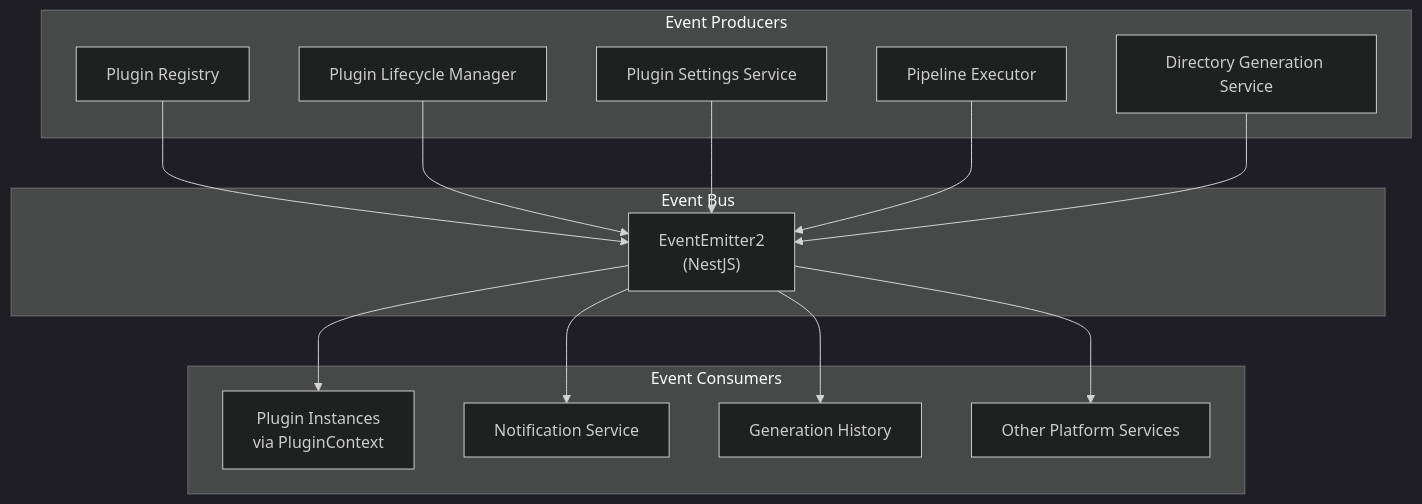
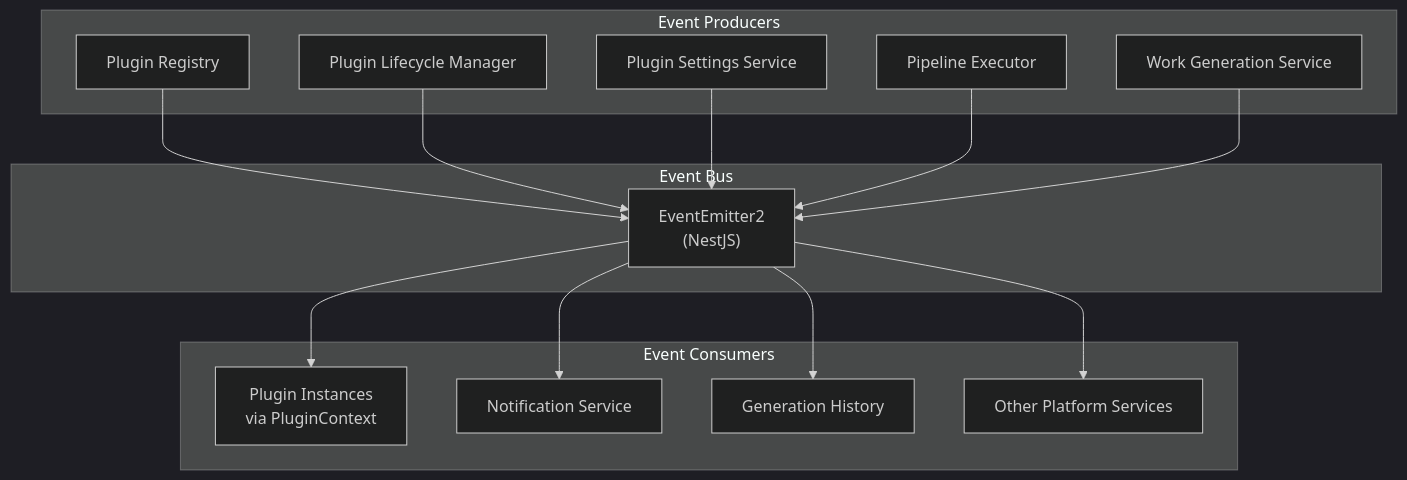
One commit to ever-works/ever-works changed the first of 3 diagrams in docs/advanced/webhook-system.md. Above: the diagram before and after it, drawn with Mermaid (dark theme). The commit also changed other lines of this file and 395 other files, not shown here.

````diff
--- a/docs/advanced/webhook-system.md
+++ b/docs/advanced/webhook-system.md
@@ -21,31 +21,31 @@
 ```mermaid
 graph TD
     subgraph "Event Producers"
         A[Plugin Registry]
         B[Plugin Lifecycle Manager]
         C[Plugin Settings Service]
         D[Pipeline Executor]
-        E[Directory Generation Service]
+        E[Work Generation Service]
     end
 
     subgraph "Event Bus"
         F["EventEmitter2<br/>(NestJS)"]
     end
 
     subgraph "Event Consumers"
         G[Plugin Instances<br/>via PluginContext]
         H[Notification Service]
         I[Generation History]
         J[Other Platform Services]
     end
 
     A --> F
     B --> F
     C --> F
     D --> F
     E --> F
     F --> G
     F --> H
     F --> I
     F --> J
 ```
````
